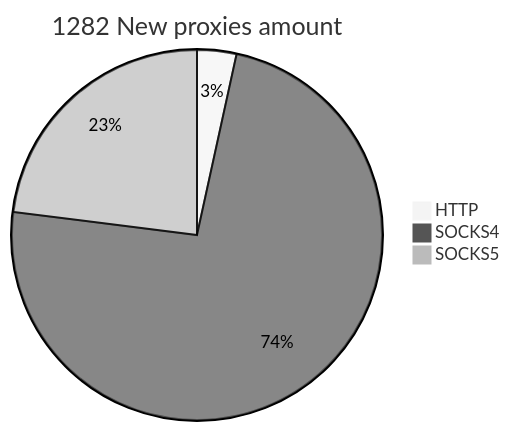
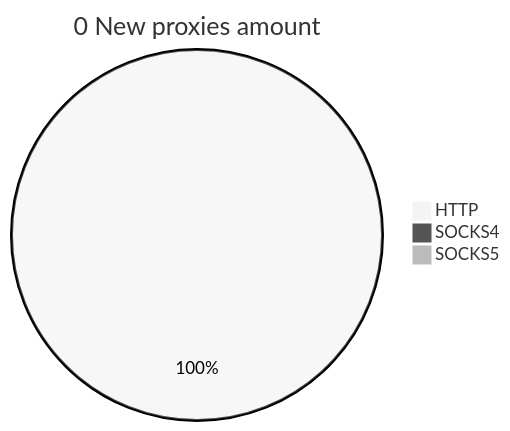
The second of 2 diagrams in README.md (cutipu/proxylist), drawn with Mermaid (neutral theme) before and after one commit. The commit also changed other lines of this file, not shown here.

````diff
--- a/README.md
+++ b/README.md
@@ -10,6 +10,6 @@
 ```mermaid
-pie title 1282 New proxies amount
-    "HTTP" : 44
-    "SOCKS4" : 943
-    "SOCKS5" : 295
+pie title 0 New proxies amount
+    "HTTP" : 2
+    "SOCKS4" : 0
+    "SOCKS5" : 0
 ```
````
